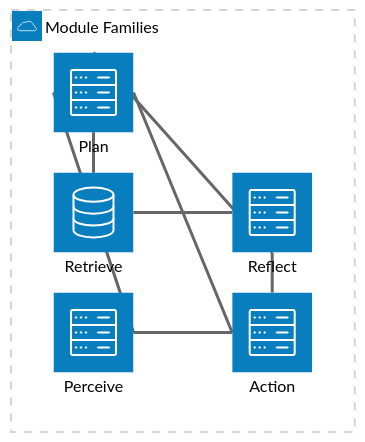
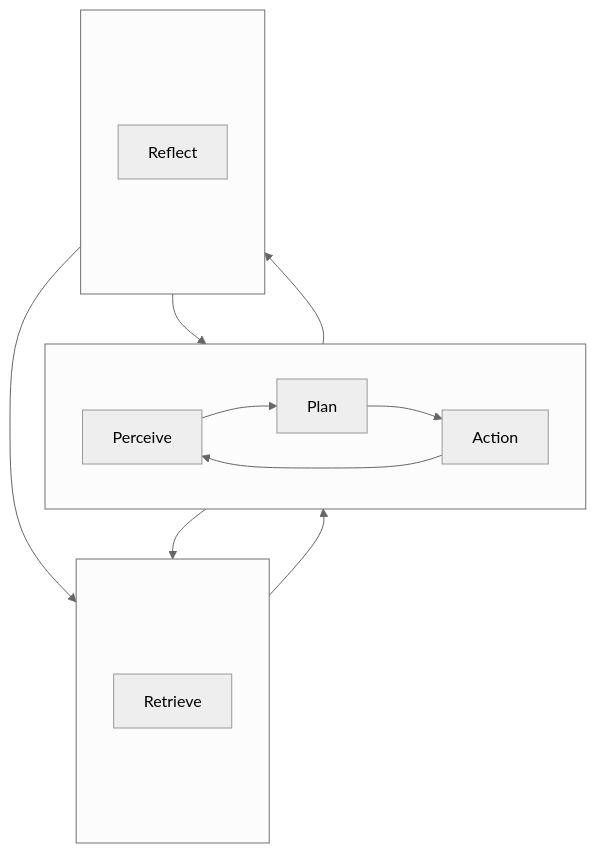
One commit to R300-AI/Agentic-SDK changed the diagram in docs-site/module-families.md. Above: the diagram before and after it, drawn with Mermaid (neutral theme). The commit also changed other lines of this file, not shown here.

````diff
--- a/docs-site/module-families.md
+++ b/docs-site/module-families.md
@@ -27,19 +9,35 @@
 ```mermaid
-architecture-beta
-	group cycle(cloud)[Module Families]
+flowchart TB
+	subgraph row1[ ]
+		direction LR
+		spacer1[ ]
+		retrieve[Retrieve]
+		spacer2[ ]
+	end
 
-	service perceive(server)[Perceive] in cycle
-	service plan(server)[Plan] in cycle
-	service retrieve(database)[Retrieve] in cycle
-	service reflect(server)[Reflect] in cycle
-	service action(server)[Action] in cycle
+	subgraph row2[ ]
+		direction LR
+		perceive[Perceive]
+		plan[Plan]
+		action[Action]
+	end
 
-	perceive:R -- L:plan
-	plan:B -- T:retrieve
-	plan:R -- L:action
-	plan:T -- B:reflect
-	retrieve:T -- B:plan
-	reflect:L -- R:retrieve
-	reflect:B -- T:action
-	action:L -- R:perceive
+	subgraph row3[ ]
+		direction LR
+		spacer3[ ]
+		reflect[Reflect]
+		spacer4[ ]
+	end
+
+	classDef spacer fill:transparent,stroke:transparent,color:transparent;
+	class spacer1,spacer2,spacer3,spacer4 spacer;
+
+	perceive --> plan
+	plan --> retrieve
+	plan --> action
+	plan --> reflect
+	retrieve --> plan
+	reflect --> retrieve
+	reflect --> action
+	action --> perceive
 ```
````
